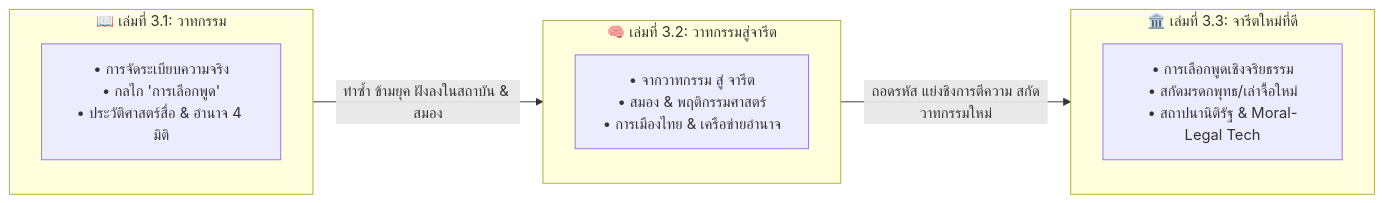
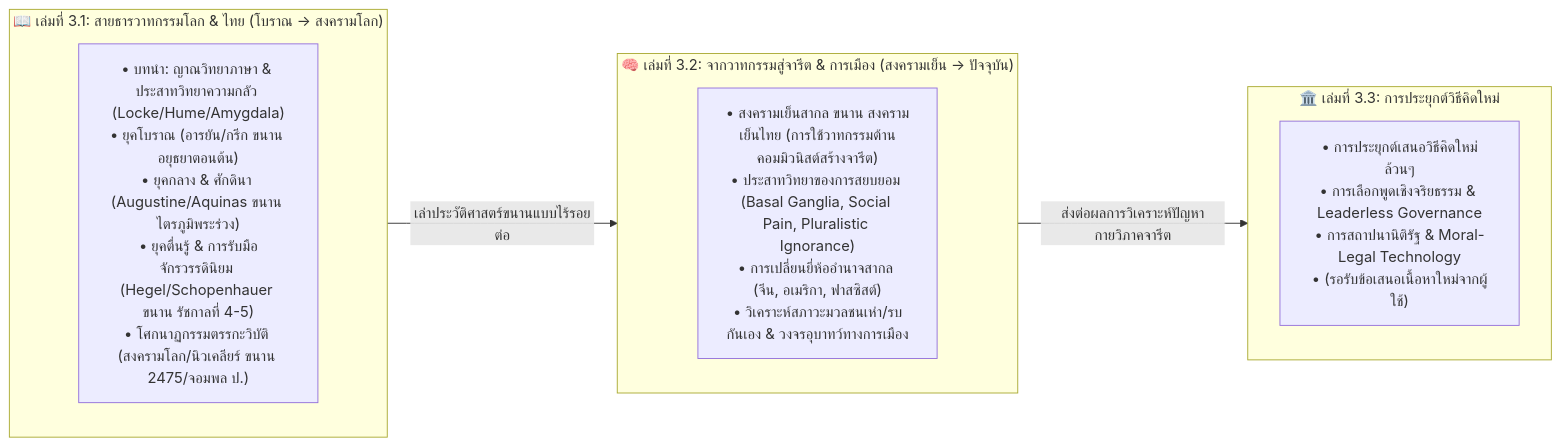
The second of 2 diagrams in uet_history/3_publish/books/history_media_power/SECTION_BLUEPRINT.md (ellipszist/unityequilibriumtheory), drawn with Mermaid before and after one commit. The commit also changed other lines of this file and 74 other files, not shown here.

````diff
--- a/uet_history/3_publish/books/history_media_power/SECTION_BLUEPRINT.md
+++ b/uet_history/3_publish/books/history_media_power/SECTION_BLUEPRINT.md
@@ -35,17 +30,17 @@
 ```mermaid
 graph LR
-    subgraph B1 ["📖 เล่มที่ 3.1: วาทกรรม"]
-        B1_Concept["• การจัดระเบียบความจริง<br>• กลไก 'การเลือกพูด'<br>• ประวัติศาสตร์สื่อ & อำนาจ 4 มิติ"]
+    subgraph B1 ["📖 เล่มที่ 3.1: สายธารวาทกรรมโลก & ไทย (โบราณ -> สงครามโลก)"]
+        B1_Concept["• บทนำ: ญาณวิทยาภาษา & ประสาทวิทยาความกลัว (Locke/Hume/Amygdala)<br>• ยุคโบราณ (อารยัน/กรีก ขนาน อยุธยาตอนต้น)<br>• ยุคกลาง & ศักดินา (Augustine/Aquinas ขนาน ไตรภูมิพระร่วง)<br>• ยุคตื่นรู้ & การรับมือจักรวรรดินิยม (Hegel/Schopenhauer ขนาน รัชกาลที่ 4-5)<br>• โศกนาฏกรรมตรรกะวิบัติ (สงครามโลก/นิวเคลียร์ ขนาน 2475/จอมพล ป.)"]
     end
 
-    subgraph B2 ["🧠 เล่มที่ 3.2: วาทกรรมสู่จารีต"]
-        B2_Concept["• จากวาทกรรม สู่ จารีต<br>• สมอง & พฤติกรรมศาสตร์<br>• การเมืองไทย & เครือข่ายอำนาจ"]
+    subgraph B2 ["🧠 เล่มที่ 3.2: จากวาทกรรมสู่จารีต & การเมือง (สงครามเย็น -> ปัจจุบัน)"]
+        B2_Concept["• สงครามเย็นสากล ขนาน สงครามเย็นไทย (การใช้วาทกรรมต้านคอมมิวนิสต์สร้างจารีต)<br>• ประสาทวิทยาของการสยบยอม (Basal Ganglia, Social Pain, Pluralistic Ignorance)<br>• การเปลี่ยนยี่ห้ออำนาจสากล (จีน, อเมริกา, ฟาสซิสต์)<br>• วิเคราะห์สภาวะมวลชนเห่า/รบกันเอง & วงจรอุบาทว์ทางการเมือง"]
     end
 
-    subgraph B3 ["🏛️ เล่มที่ 3.3: จารีตใหม่ที่ดี"]
-        B3_Concept["• การเลือกพูดเชิงจริยธรรม<br>• สกัดมรดกพุทธ/เล่าจื้อใหม่<br>• สถาปนานิติรัฐ & Moral-Legal Tech"]
+    subgraph B3 ["🏛️ เล่มที่ 3.3: การประยุกต์วิธีคิดใหม่"]
+        B3_Concept["• การประยุกต์เสนอวิธีคิดใหม่ล้วนๆ<br>• การเลือกพูดเชิงจริยธรรม & Leaderless Governance<br>• การสถาปนานิติรัฐ & Moral-Legal Technology<br>• (รอรับข้อเสนอเนื้อหาใหม่จากผู้ใช้)"]
     end
 
-    B1 -->|ทำซ้ำ ข้ามยุค ฝังลงในสถาบัน & สมอง| B2
-    B2 -->|ถอดรหัส แย่งชิงการตีความ สกัดวาทกรรมใหม่| B3
+    B1 -->|เล่าประวัติศาสตร์ขนานแบบไร้รอยต่อ| B2
+    B2 -->|ส่งต่อผลการวิเคราะห์ปัญหากายวิภาคจารีต| B3
 ```
````
